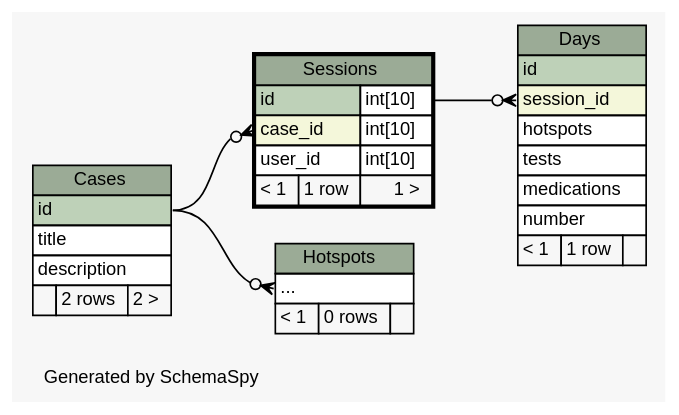
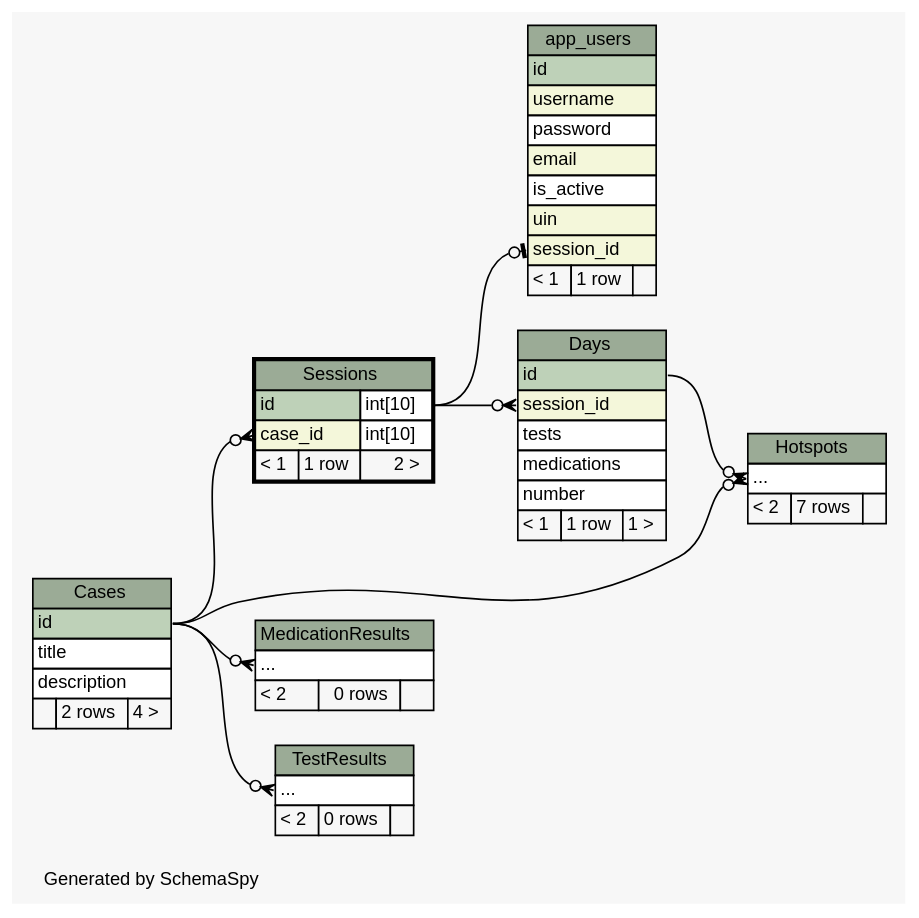
One commit to carrel2/CaseStudies changed the diagram in web/files/schema/diagrams/Sessions.2degrees.dot. Above: the diagram before and after it, drawn with Graphviz. The commit also changed 87 other files, not shown here.

Commit message:
More work on database schema

```diff
--- a/web/files/schema/diagrams/Sessions.2degrees.dot
+++ b/web/files/schema/diagrams/Sessions.2degrees.dot
@@ -1,74 +1,112 @@
 // dot 2.38.0 on Linux 4.4.0-59-generic
 // SchemaSpy rev 590
 digraph "twoDegreesRelationshipsDiagram" {
   graph [
     rankdir="RL"
     bgcolor="#f7f7f7"
     label="\nGenerated by SchemaSpy"
     labeljust="l"
     nodesep="0.18"
     ranksep="0.46"
     fontname="Helvetica"
     fontsize="11"
   ];
   node [
     fontname="Helvetica"
     fontsize="11"
     shape="plaintext"
   ];
   edge [
     arrowsize="0.8"
   ];
+  "app_users":"session_id":w -> "Sessions":"id.type":e [arrowhead=none dir=back arrowtail=teeodot];
   "Days":"session_id":w -> "Sessions":"id.type":e [arrowhead=none dir=back arrowtail=crowodot];
   "Hotspots":"elipses":w -> "Cases":"id":e [arrowhead=none dir=back arrowtail=crowodot];
+  "Hotspots":"elipses":w -> "Days":"id":e [arrowhead=none dir=back arrowtail=crowodot];
+  "MedicationResults":"elipses":w -> "Cases":"id":e [arrowhead=none dir=back arrowtail=crowodot];
   "Sessions":"case_id":w -> "Cases":"id":e [arrowhead=none dir=back arrowtail=crowodot];
+  "TestResults":"elipses":w -> "Cases":"id":e [arrowhead=none dir=back arrowtail=crowodot];
+  "app_users" [
+    label=<
+    <TABLE BORDER="0" CELLBORDER="1" CELLSPACING="0" BGCOLOR="#ffffff">
+      <TR><TD COLSPAN="3" BGCOLOR="#9bab96" ALIGN="CENTER">app_users</TD></TR>
+      <TR><TD PORT="id" COLSPAN="3" BGCOLOR="#bed1b8" ALIGN="LEFT">id</TD></TR>
+      <TR><TD PORT="username" COLSPAN="3" BGCOLOR="#f4f7da" ALIGN="LEFT">username</TD></TR>
+      <TR><TD PORT="password" COLSPAN="3" ALIGN="LEFT">password</TD></TR>
+      <TR><TD PORT="email" COLSPAN="3" BGCOLOR="#f4f7da" ALIGN="LEFT">email</TD></TR>
+      <TR><TD PORT="is_active" COLSPAN="3" ALIGN="LEFT">is_active</TD></TR>
+      <TR><TD PORT="uin" COLSPAN="3" BGCOLOR="#f4f7da" ALIGN="LEFT">uin</TD></TR>
+      <TR><TD PORT="session_id" COLSPAN="3" BGCOLOR="#f4f7da" ALIGN="LEFT">session_id</TD></TR>
+      <TR><TD ALIGN="LEFT" BGCOLOR="#f7f7f7">&lt; 1</TD><TD ALIGN="RIGHT" BGCOLOR="#f7f7f7">1 row</TD><TD ALIGN="RIGHT" BGCOLOR="#f7f7f7">  </TD></TR>
+    </TABLE>>
+    URL="app_users.html"
+    tooltip="app_users"
+  ];
   "Cases" [
     label=<
     <TABLE BORDER="0" CELLBORDER="1" CELLSPACING="0" BGCOLOR="#ffffff">
       <TR><TD COLSPAN="3" BGCOLOR="#9bab96" ALIGN="CENTER">Cases</TD></TR>
       <TR><TD PORT="id" COLSPAN="3" BGCOLOR="#bed1b8" ALIGN="LEFT">id</TD></TR>
       <TR><TD PORT="title" COLSPAN="3" ALIGN="LEFT">title</TD></TR>
       <TR><TD PORT="description" COLSPAN="3" ALIGN="LEFT">description</TD></TR>
-      <TR><TD ALIGN="LEFT" BGCOLOR="#f7f7f7">  </TD><TD ALIGN="RIGHT" BGCOLOR="#f7f7f7">2 rows</TD><TD ALIGN="RIGHT" BGCOLOR="#f7f7f7">2 &gt;</TD></TR>
+      <TR><TD ALIGN="LEFT" BGCOLOR="#f7f7f7">  </TD><TD ALIGN="RIGHT" BGCOLOR="#f7f7f7">2 rows</TD><TD ALIGN="RIGHT" BGCOLOR="#f7f7f7">4 &gt;</TD></TR>
     </TABLE>>
     URL="Cases.html"
     tooltip="Cases"
   ];
   "Days" [
     label=<
     <TABLE BORDER="0" CELLBORDER="1" CELLSPACING="0" BGCOLOR="#ffffff">
       <TR><TD COLSPAN="3" BGCOLOR="#9bab96" ALIGN="CENTER">Days</TD></TR>
       <TR><TD PORT="id" COLSPAN="3" BGCOLOR="#bed1b8" ALIGN="LEFT">id</TD></TR>
       <TR><TD PORT="session_id" COLSPAN="3" BGCOLOR="#f4f7da" ALIGN="LEFT">session_id</TD></TR>
-      <TR><TD PORT="hotspots" COLSPAN="3" ALIGN="LEFT">hotspots</TD></TR>
       <TR><TD PORT="tests" COLSPAN="3" ALIGN="LEFT">tests</TD></TR>
       <TR><TD PORT="medications" COLSPAN="3" ALIGN="LEFT">medications</TD></TR>
       <TR><TD PORT="number" COLSPAN="3" ALIGN="LEFT">number</TD></TR>
-      <TR><TD ALIGN="LEFT" BGCOLOR="#f7f7f7">&lt; 1</TD><TD ALIGN="RIGHT" BGCOLOR="#f7f7f7">1 row</TD><TD ALIGN="RIGHT" BGCOLOR="#f7f7f7">  </TD></TR>
+      <TR><TD ALIGN="LEFT" BGCOLOR="#f7f7f7">&lt; 1</TD><TD ALIGN="RIGHT" BGCOLOR="#f7f7f7">1 row</TD><TD ALIGN="RIGHT" BGCOLOR="#f7f7f7">1 &gt;</TD></TR>
     </TABLE>>
     URL="Days.html"
     tooltip="Days"
   ];
   "Hotspots" [
     label=<
     <TABLE BORDER="0" CELLBORDER="1" CELLSPACING="0" BGCOLOR="#ffffff">
       <TR><TD COLSPAN="3" BGCOLOR="#9bab96" ALIGN="CENTER">Hotspots</TD></TR>
       <TR><TD PORT="elipses" COLSPAN="3" ALIGN="LEFT">...</TD></TR>
-      <TR><TD ALIGN="LEFT" BGCOLOR="#f7f7f7">&lt; 1</TD><TD ALIGN="RIGHT" BGCOLOR="#f7f7f7">0 rows</TD><TD ALIGN="RIGHT" BGCOLOR="#f7f7f7">  </TD></TR>
+      <TR><TD ALIGN="LEFT" BGCOLOR="#f7f7f7">&lt; 2</TD><TD ALIGN="RIGHT" BGCOLOR="#f7f7f7">7 rows</TD><TD ALIGN="RIGHT" BGCOLOR="#f7f7f7">  </TD></TR>
     </TABLE>>
     URL="Hotspots.html"
     tooltip="Hotspots"
+  ];
+  "MedicationResults" [
+    label=<
+    <TABLE BORDER="0" CELLBORDER="1" CELLSPACING="0" BGCOLOR="#ffffff">
+      <TR><TD COLSPAN="3" BGCOLOR="#9bab96" ALIGN="CENTER">MedicationResults</TD></TR>
+      <TR><TD PORT="elipses" COLSPAN="3" ALIGN="LEFT">...</TD></TR>
+      <TR><TD ALIGN="LEFT" BGCOLOR="#f7f7f7">&lt; 2</TD><TD ALIGN="RIGHT" BGCOLOR="#f7f7f7">0 rows</TD><TD ALIGN="RIGHT" BGCOLOR="#f7f7f7">  </TD></TR>
+    </TABLE>>
+    URL="MedicationResults.html"
+    tooltip="MedicationResults"
   ];
   "Sessions" [
     label=<
     <TABLE BORDER="2" CELLBORDER="1" CELLSPACING="0" BGCOLOR="#ffffff">
       <TR><TD COLSPAN="3" BGCOLOR="#9bab96" ALIGN="CENTER">Sessions</TD></TR>
       <TR><TD PORT="id" COLSPAN="2" BGCOLOR="#bed1b8" ALIGN="LEFT">id</TD><TD PORT="id.type" ALIGN="LEFT">int[10]</TD></TR>
       <TR><TD PORT="case_id" COLSPAN="2" BGCOLOR="#f4f7da" ALIGN="LEFT">case_id</TD><TD PORT="case_id.type" ALIGN="LEFT">int[10]</TD></TR>
-      <TR><TD PORT="user_id" COLSPAN="2" ALIGN="LEFT">user_id</TD><TD PORT="user_id.type" ALIGN="LEFT">int[10]</TD></TR>
-      <TR><TD ALIGN="LEFT" BGCOLOR="#f7f7f7">&lt; 1</TD><TD ALIGN="RIGHT" BGCOLOR="#f7f7f7">1 row</TD><TD ALIGN="RIGHT" BGCOLOR="#f7f7f7">1 &gt;</TD></TR>
+      <TR><TD ALIGN="LEFT" BGCOLOR="#f7f7f7">&lt; 1</TD><TD ALIGN="RIGHT" BGCOLOR="#f7f7f7">1 row</TD><TD ALIGN="RIGHT" BGCOLOR="#f7f7f7">2 &gt;</TD></TR>
     </TABLE>>
     URL="Sessions.html"
     tooltip="Sessions"
   ];
+  "TestResults" [
+    label=<
+    <TABLE BORDER="0" CELLBORDER="1" CELLSPACING="0" BGCOLOR="#ffffff">
+      <TR><TD COLSPAN="3" BGCOLOR="#9bab96" ALIGN="CENTER">TestResults</TD></TR>
+      <TR><TD PORT="elipses" COLSPAN="3" ALIGN="LEFT">...</TD></TR>
+      <TR><TD ALIGN="LEFT" BGCOLOR="#f7f7f7">&lt; 2</TD><TD ALIGN="RIGHT" BGCOLOR="#f7f7f7">0 rows</TD><TD ALIGN="RIGHT" BGCOLOR="#f7f7f7">  </TD></TR>
+    </TABLE>>
+    URL="TestResults.html"
+    tooltip="TestResults"
+  ];
 }
```
